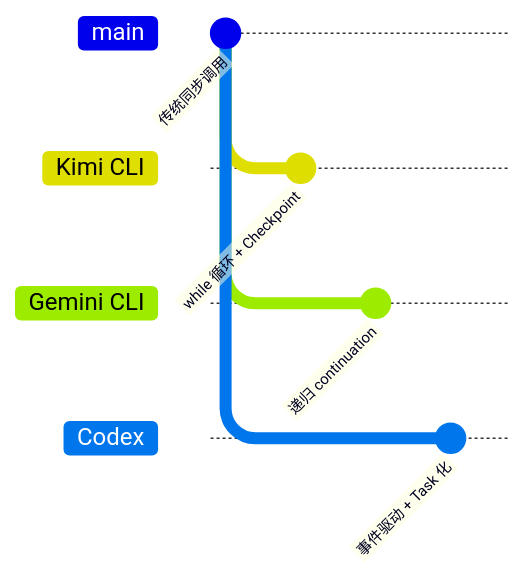
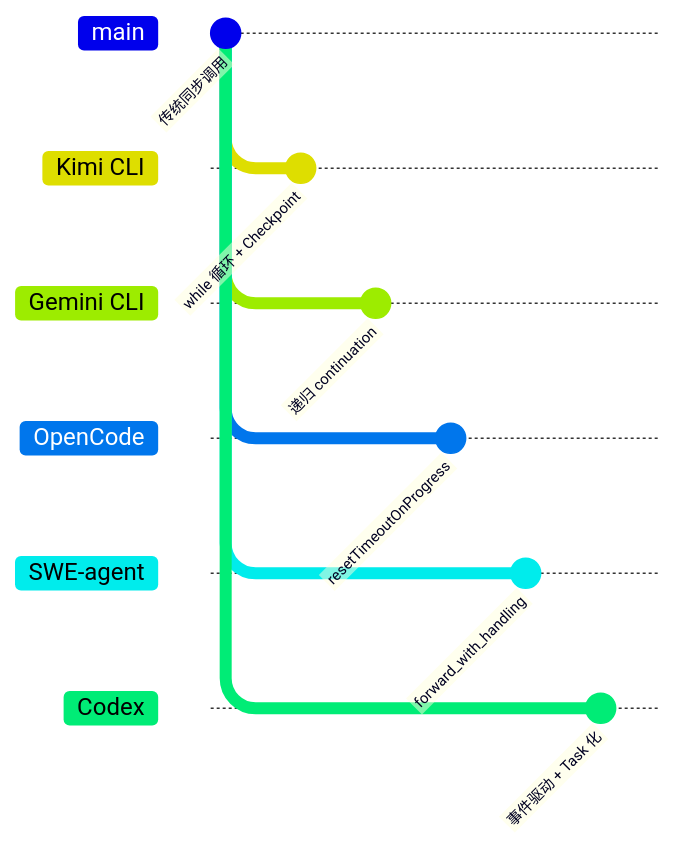
Before and after one commit to giraffe-tree/agent-base: diagram 14 of 14 in docs/codex/04-codex-agent-loop.md, drawn with Mermaid. The commit also changed other lines of this file and 155 other files, not shown here.

````diff
--- a/docs/codex/04-codex-agent-loop.md
+++ b/docs/codex/04-codex-agent-loop.md
@@ -939,15 +1038,23 @@
 ```mermaid
 gitGraph
     commit id: "传统同步调用"
     branch "Kimi CLI"
     checkout "Kimi CLI"
     commit id: "while 循环 + Checkpoint"
     checkout main
     branch "Gemini CLI"
     checkout "Gemini CLI"
     commit id: "递归 continuation"
     checkout main
+    branch "OpenCode"
+    checkout "OpenCode"
+    commit id: "resetTimeoutOnProgress"
+    checkout main
+    branch "SWE-agent"
+    checkout "SWE-agent"
+    commit id: "forward_with_handling"
+    checkout main
     branch "Codex"
     checkout "Codex"
     commit id: "事件驱动 + Task 化"
 ```
````
